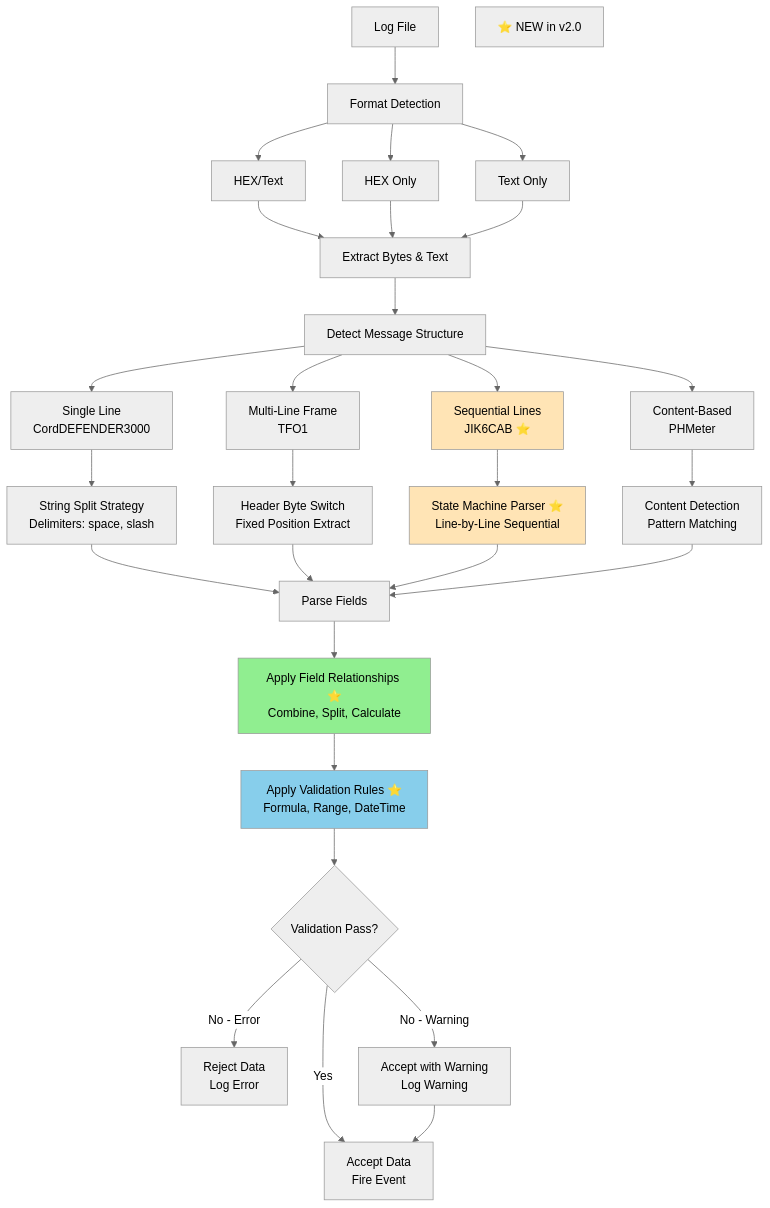
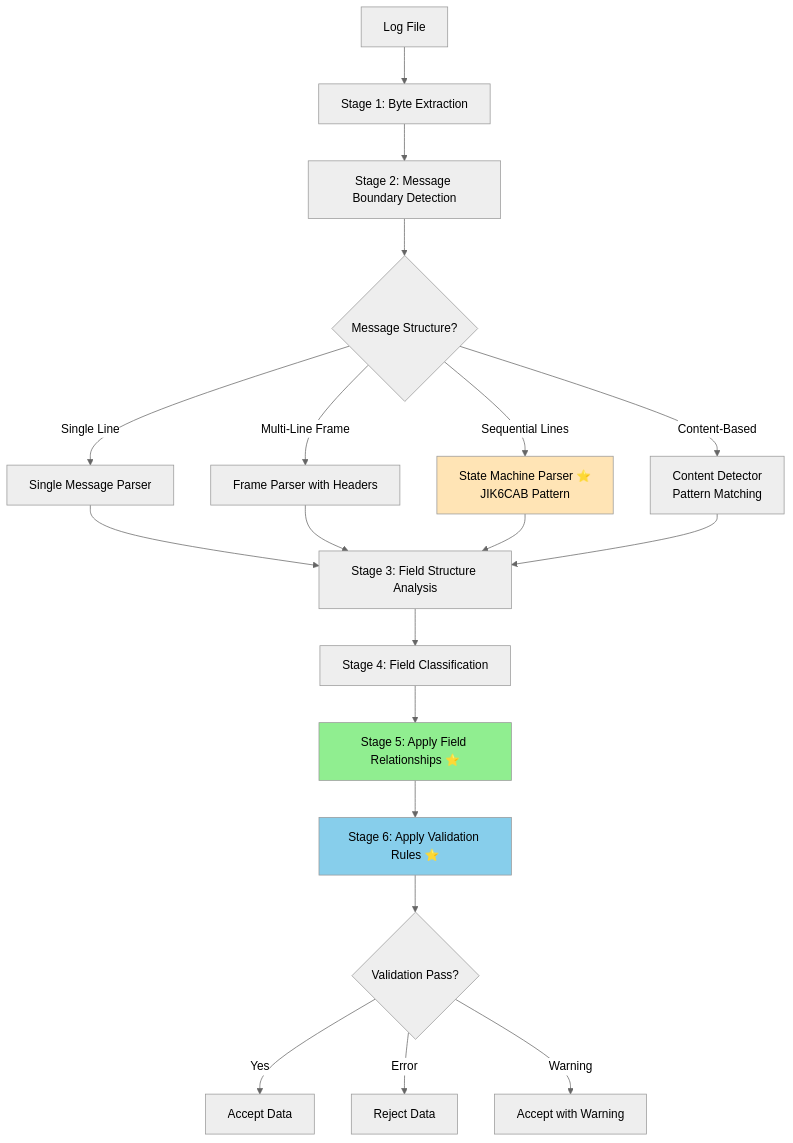
The first of 6 diagrams in Documents/ModernDesign/03-Parsing-Strategy-Analysis.md (chumpon-asaneerat/NSerialCommTools), drawn with Mermaid (neutral theme) before and after one commit. The commit also changed other lines of this file, not shown here.

````diff
--- a/Documents/ModernDesign/03-Parsing-Strategy-Analysis.md
+++ b/Documents/ModernDesign/03-Parsing-Strategy-Analysis.md
@@ -14,48 +41,34 @@
 ```mermaid
 flowchart TD
-    A[Log File] --> B[Format Detection]
+    A[Log File] --> B[Stage 1: Byte Extraction]
 
-    B --> C1[HEX/Text]
-    B --> C2[HEX Only]
-    B --> C3[Text Only]
+    B --> C[Stage 2: Message Boundary Detection]
 
-    C1 --> D[Extract Bytes & Text]
-    C2 --> D
-    C3 --> D
+    C --> D{Message Structure?}
 
-    D --> E[Detect Message Structure]
+    D -->|Single Line| E1[Single Message Parser]
+    D -->|Multi-Line Frame| E2[Frame Parser with Headers]
+    D -->|Sequential Lines| E3[State Machine Parser ⭐<br/>JIK6CAB Pattern]
+    D -->|Content-Based| E4[Content Detector<br/>Pattern Matching]
 
-    E --> F1[Single Line<br/>CordDEFENDER3000]
-    E --> F2[Multi-Line Frame<br/>TFO1]
-    E --> F3[Sequential Lines<br/>JIK6CAB ⭐]
-    E --> F4[Content-Based<br/>PHMeter]
+    E1 --> F[Stage 3: Field Structure Analysis]
+    E2 --> F
+    E3 --> F
+    E4 --> F
 
-    F1 --> G1[String Split Strategy<br/>Delimiters: space, slash]
-    F2 --> G2[Header Byte Switch<br/>Fixed Position Extract]
-    F3 --> G3[State Machine Parser ⭐<br/>Line-by-Line Sequential]
-    F4 --> G4[Content Detection<br/>Pattern Matching]
+    F --> G[Stage 4: Field Classification]
 
-    G1 --> H[Parse Fields]
-    G2 --> H
-    G3 --> H
-    G4 --> H
+    G --> H[Stage 5: Apply Field Relationships ⭐]
 
-    H --> I[Apply Field Relationships ⭐<br/>Combine, Split, Calculate]
+    H --> I[Stage 6: Apply Validation Rules ⭐]
 
-    I --> J[Apply Validation Rules ⭐<br/>Formula, Range, DateTime]
+    I --> J{Validation Pass?}
 
-    J --> K{Validation Pass?}
+    J -->|Yes| K[Accept Data]
+    J -->|Error| L[Reject Data]
+    J -->|Warning| M[Accept with Warning]
 
-    K -->|Yes| L[Accept Data<br/>Fire Event]
-    K -->|No - Error| M[Reject Data<br/>Log Error]
-    K -->|No - Warning| N[Accept with Warning<br/>Log Warning]
-
-    N --> L
-
-    style F3 fill:#FFE4B5
-    style G3 fill:#FFE4B5
-    style I fill:#90EE90
-    style J fill:#87CEEB
-
-    note1[⭐ NEW in v2.0]
+    style E3 fill:#FFE4B5
+    style H fill:#90EE90
+    style I fill:#87CEEB
 ```
````
